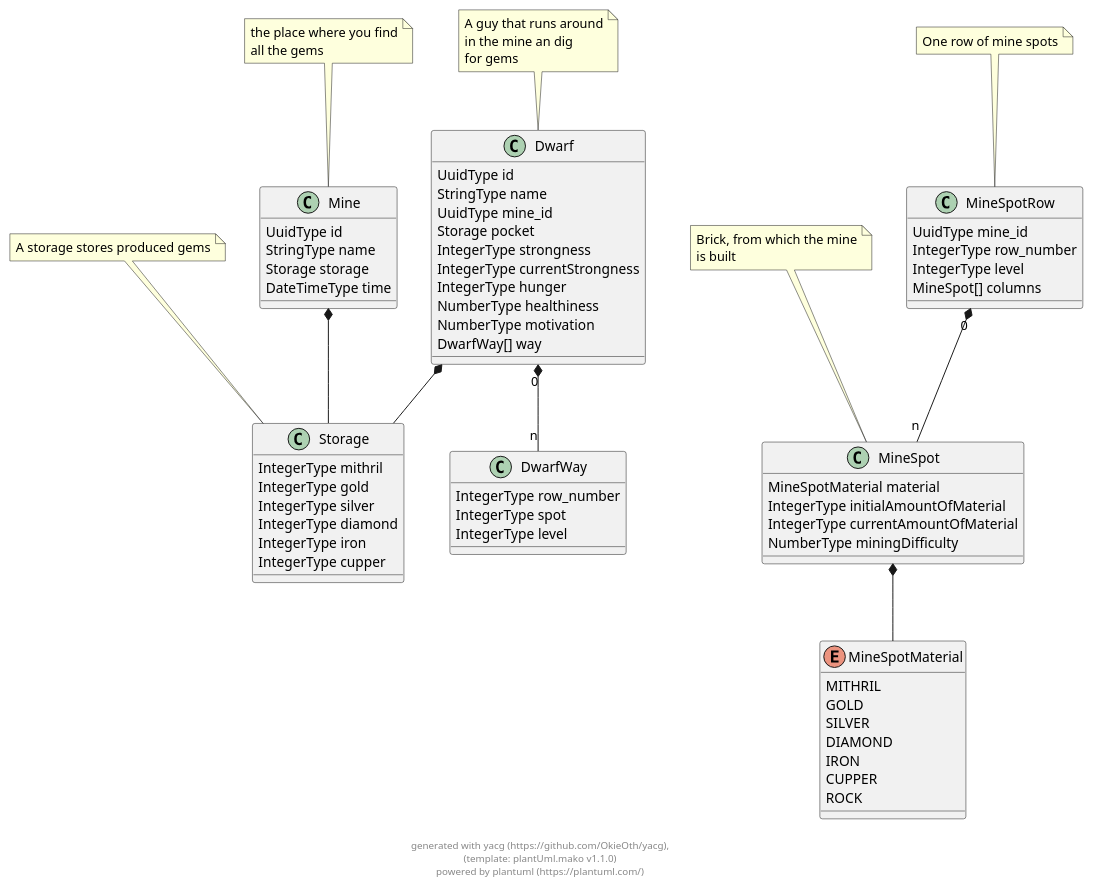
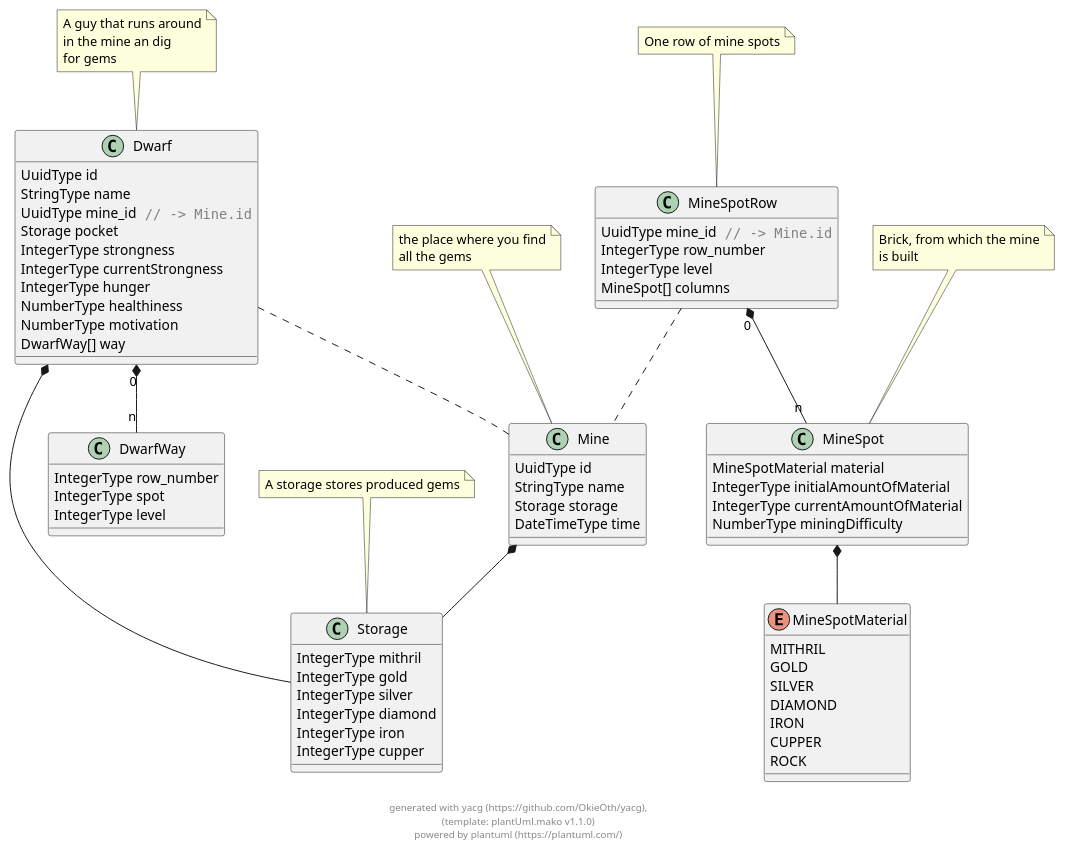
The diagram in docs/generated/nibelheim.puml (OkieOth/nibelheim_ts), drawn with PlantUML before and after one commit. The commit also changed 3 other files, not shown here.

```diff
--- a/docs/generated/nibelheim.puml
+++ b/docs/generated/nibelheim.puml
@@ -2,94 +2,129 @@
 @startuml
 
 class Mine {
-        UuidType id 
-        StringType name 
-        Storage storage 
-        DateTimeType time 
+        UuidType id
+        StringType name
+        Storage storage
+        DateTimeType time
 }
 
 note top: the place where you find\nall the gems
 
 class Storage {
-        IntegerType mithril 
-        IntegerType gold 
-        IntegerType silver 
-        IntegerType diamond 
-        IntegerType iron 
-        IntegerType cupper 
+        IntegerType mithril
+        IntegerType gold
+        IntegerType silver
+        IntegerType diamond
+        IntegerType iron
+        IntegerType cupper
 }
 
 note top: A storage stores produced gems
 
 enum MineSpotMaterial {
     MITHRIL
     GOLD
     SILVER
     DIAMOND
     IRON
     CUPPER
     ROCK
 }
 
 
 class MineSpot {
-        MineSpotMaterial material 
-        IntegerType initialAmountOfMaterial 
-        IntegerType currentAmountOfMaterial 
-        NumberType miningDifficulty 
+        MineSpotMaterial material
+        IntegerType initialAmountOfMaterial
+        IntegerType currentAmountOfMaterial
+        NumberType miningDifficulty
 }
 
 note top: Brick, from which the mine\nis built
 
 class MineSpotRow {
-        UuidType mine_id 
-        IntegerType row_number 
-        IntegerType level 
-        MineSpot[] columns 
+        UuidType mine_id<color:grey>"" // -> Mine.id""</color>
+        IntegerType row_number
+        IntegerType level
+        MineSpot[] columns
 }
 
 note top: One row of mine spots
 
 class Dwarf {
-        UuidType id 
-        StringType name 
-        UuidType mine_id 
-        Storage pocket 
-        IntegerType strongness 
-        IntegerType currentStrongness 
-        IntegerType hunger 
-        NumberType healthiness 
-        NumberType motivation 
-        DwarfWay[] way 
+        UuidType id
+        StringType name
+        UuidType mine_id<color:grey>"" // -> Mine.id""</color>
+        Storage pocket
+        IntegerType strongness
+        IntegerType currentStrongness
+        IntegerType hunger
+        NumberType healthiness
+        NumberType motivation
+        DwarfWay[] way
 }
 
 note top: A guy that runs around\nin the mine an dig\nfor gems
 
 class DwarfWay {
-        IntegerType row_number 
-        IntegerType spot 
-        IntegerType level 
+        IntegerType row_number
+        IntegerType spot
+        IntegerType level
 }
 
 
 
     
-Mine  *--  Storage        
+
+
+Mine  *--  Storage
             
+
+
+    
+
+
+
+
+
+
     
     
+MineSpot  *--  MineSpotMaterial
+            
+
+
+
+
     
-MineSpot  *--  MineSpotMaterial        
+
+MineSpotRow .. Mine
             
+
+
+MineSpotRow "0" *-- "n" MineSpot
+            
+
     
-MineSpotRow "0" *-- "n" MineSpot        
+
+
+
+Dwarf .. Mine
             
+Dwarf  *--  Storage
+            
+
+
+
+
+
+
+Dwarf "0" *-- "n" DwarfWay
+            
+
     
-Dwarf  *--  Storage        
-            
-Dwarf "0" *-- "n" DwarfWay        
-            
-    
+
+
+
 
 footer \ngenerated with yacg (https://github.com/OkieOth/yacg),\n(template: plantUml.mako v1.1.0)\npowered by plantuml (https://plantuml.com/)
 @enduml
```
